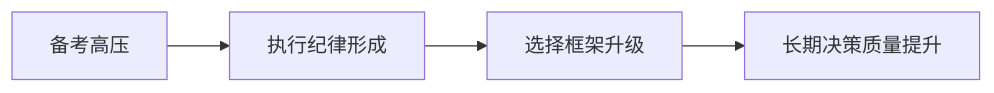
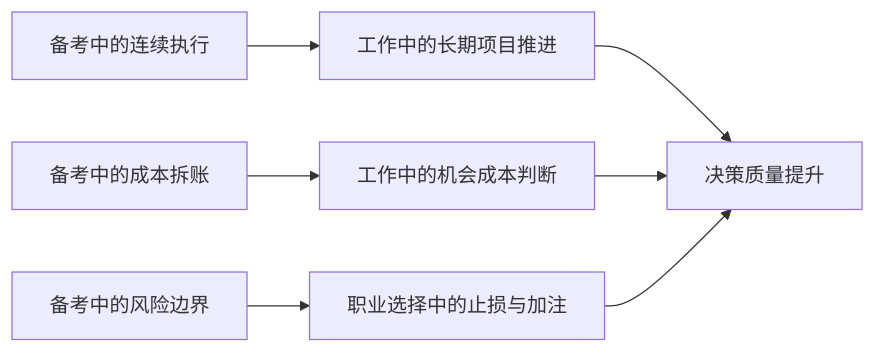
The second of 2 diagrams in _posts/2026-03-20-我的公考故事-成败之外真正留下了什么.markdown (JimmyWangJimmy/JimmyWangJimmy.github.io), drawn with Mermaid before and after one commit. The commit also changed other lines of this file, not shown here.

````diff
--- a/_posts/2026-03-20-我的公考故事-成败之外真正留下了什么.markdown
+++ b/_posts/2026-03-20-我的公考故事-成败之外真正留下了什么.markdown
@@ -21,6 +78,9 @@
 ```mermaid
 flowchart LR
-    A["备考高压"] --> B["执行纪律形成"]
-    B --> C["选择框架升级"]
-    C --> D["长期决策质量提升"]
+    A["备考中的连续执行"] --> B["工作中的长期项目推进"]
+    C["备考中的成本拆账"] --> D["工作中的机会成本判断"]
+    E["备考中的风险边界"] --> F["职业选择中的止损与加注"]
+    B --> G["决策质量提升"]
+    D --> G
+    F --> G
 ```
````
